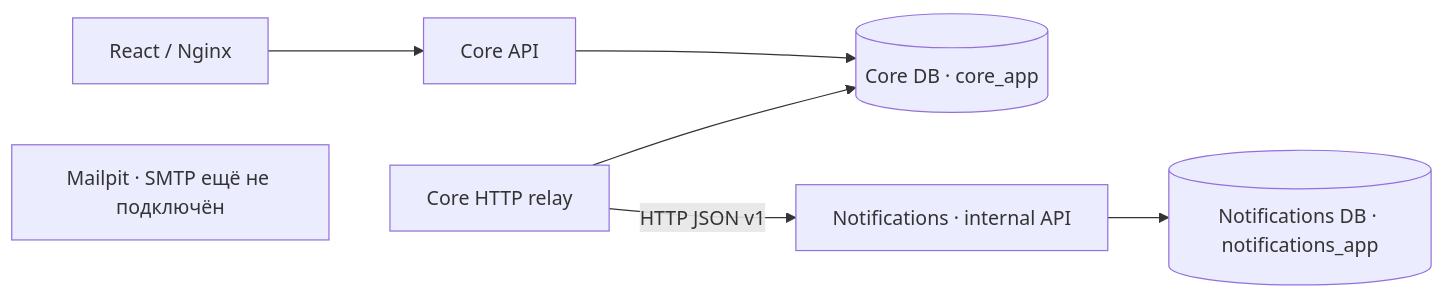
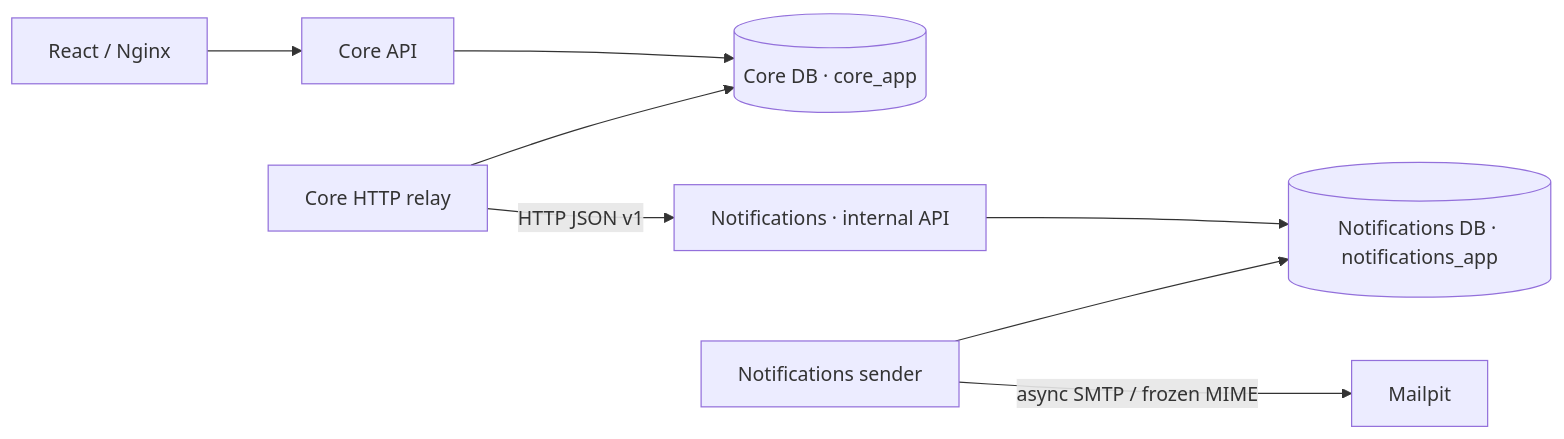
One commit to Bolat141101/event-registration changed the first of 2 diagrams in ARCHITECTURE.md. Above: the diagram before and after it, drawn with Mermaid. The commit also changed other lines of this file and 36 other files, not shown here.

````diff
--- a/ARCHITECTURE.md
+++ b/ARCHITECTURE.md
@@ -27,9 +27,10 @@
 ```mermaid
 flowchart LR
     F[React / Nginx] --> A[Core API]
     A --> C[(Core DB · core_app)]
     W[Core HTTP relay] --> C
     W -->|HTTP JSON v1| N
     N[Notifications · internal API] --> D[(Notifications DB · notifications_app)]
-    M[Mailpit · SMTP ещё не подключён]
+    S[Notifications sender] --> D
+    S -->|async SMTP / frozen MIME| M[Mailpit]
 ```
````
